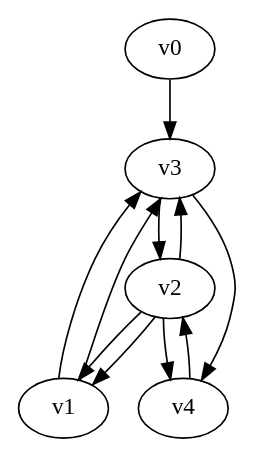
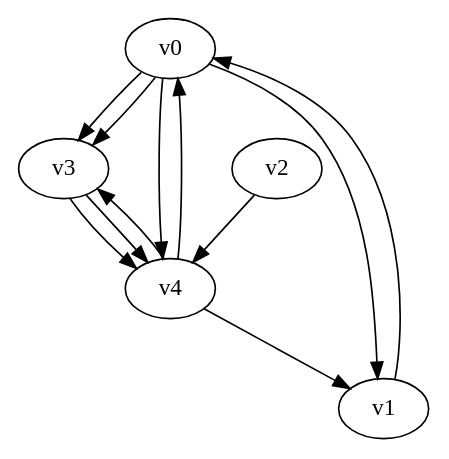
One commit to yadej/graph_project changed the diagram in diagraph.dot. Above: the diagram before and after it, drawn with Graphviz. The commit also changed 1 other file, not shown here.

```diff
--- a/diagraph.dot
+++ b/diagraph.dot
@@ -1,8 +1,8 @@
 digraph G { 
-v0 -> v3;
-v2 -> v1 -> v3;
-v2 -> v1 -> v3;
-v2 -> v3;
-v3 -> v2 -> v4;
-v3 -> v4 -> v2;
+v0 -> v3 -> v4;
+v0 -> v3 -> v4;
+v0 -> v4 -> v3;
+v2 -> v4;
+v4 -> v0 -> v1;
+v4 -> v1 -> v0;
 }
```
